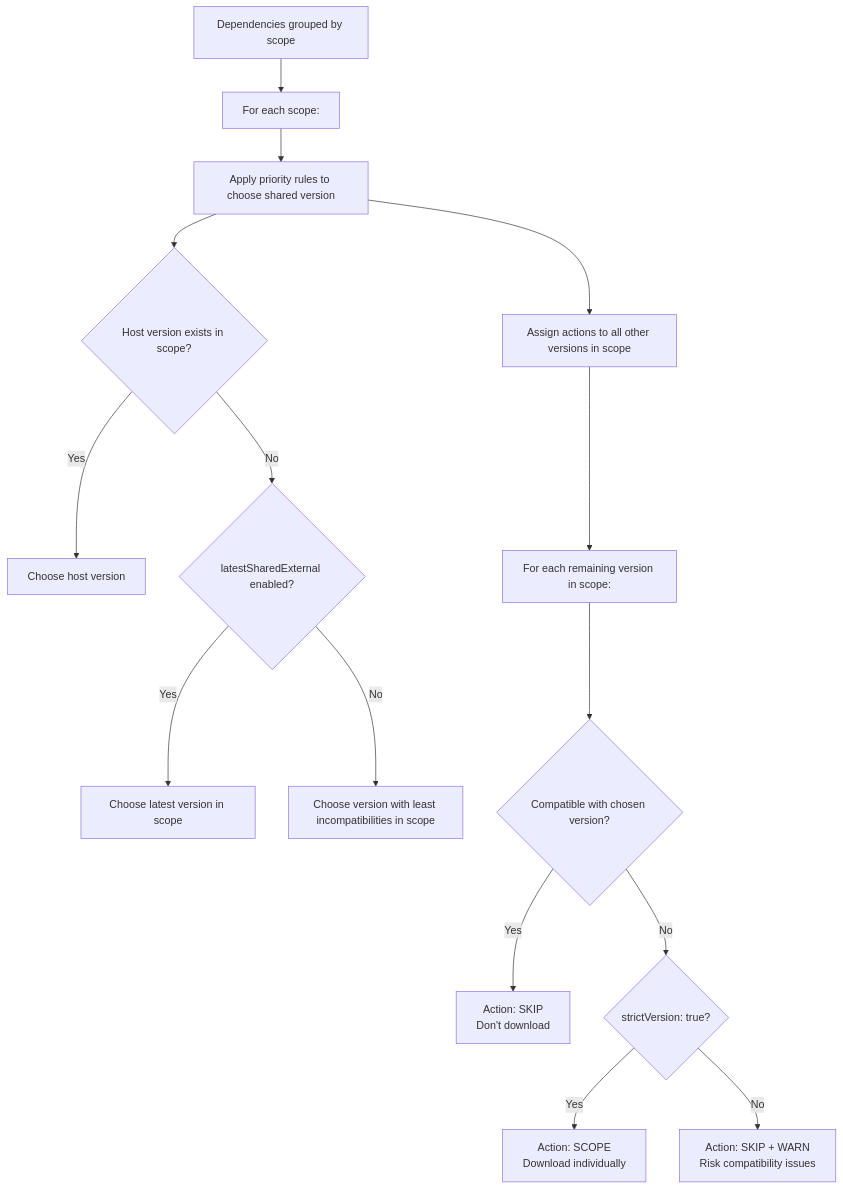
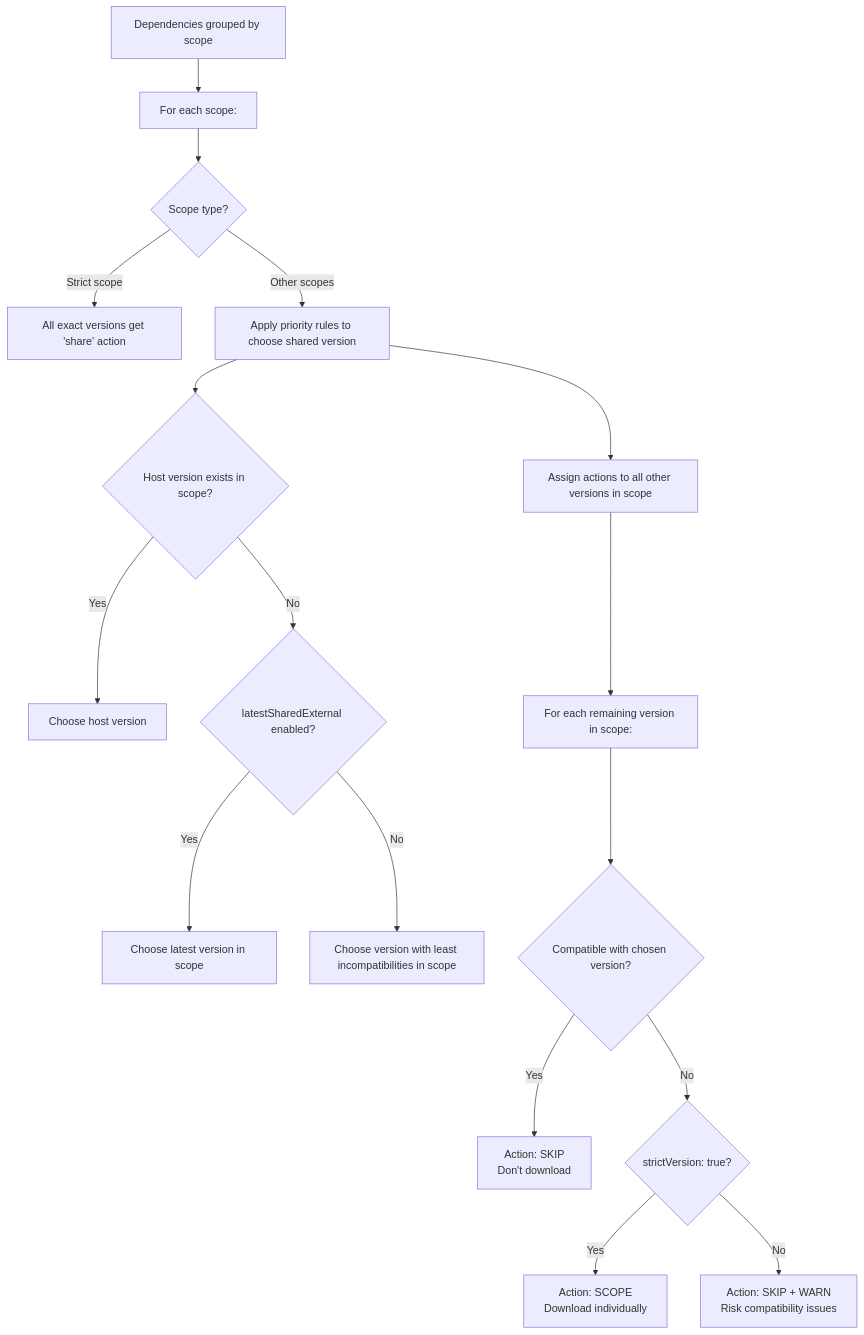
The second of 7 diagrams in docs/version-resolver.md (topicusonderwijs/vanilla-native-federation), drawn with Mermaid before and after one commit. The commit also changed other lines of this file, not shown here.

````diff
--- a/docs/version-resolver.md
+++ b/docs/version-resolver.md
@@ -218,19 +292,21 @@
 ```mermaid
 flowchart TD
     A[Dependencies grouped by scope] --> B[For each scope:]
-    B --> C[Apply priority rules to choose shared version]
-    C --> D[Assign actions to all other versions in scope]
+    B --> C{Scope type?}
+    C -->|Strict scope| D[All exact versions get 'share' action]
+    C -->|Other scopes| E[Apply priority rules to choose shared version]
+    E --> F[Assign actions to all other versions in scope]
 
-    C --> C1{Host version exists in scope?}
-    C1 -->|Yes| C2[Choose host version]
-    C1 -->|No| C3{latestSharedExternal enabled?}
-    C3 -->|Yes| C4[Choose latest version in scope]
-    C3 -->|No| C5[Choose version with least incompatibilities in scope]
+    E --> E1{Host version exists in scope?}
+    E1 -->|Yes| E2[Choose host version]
+    E1 -->|No| E3{latestSharedExternal enabled?}
+    E3 -->|Yes| E4[Choose latest version in scope]
+    E3 -->|No| E5[Choose version with least incompatibilities in scope]
 
-    D --> D1[For each remaining version in scope:]
-    D1 --> D2{Compatible with chosen version?}
-    D2 -->|Yes| D3[Action: SKIP<br/>Don't download]
-    D2 -->|No| D4{strictVersion: true?}
-    D4 -->|Yes| D5[Action: SCOPE<br/>Download individually]
-    D4 -->|No| D6[Action: SKIP + WARN<br/>Risk compatibility issues]
+    F --> F1[For each remaining version in scope:]
+    F1 --> F2{Compatible with chosen version?}
+    F2 -->|Yes| F3[Action: SKIP<br/>Don't download]
+    F2 -->|No| F4{strictVersion: true?}
+    F4 -->|Yes| F5[Action: SCOPE<br/>Download individually]
+    F4 -->|No| F6[Action: SKIP + WARN<br/>Risk compatibility issues]
 ```
````
